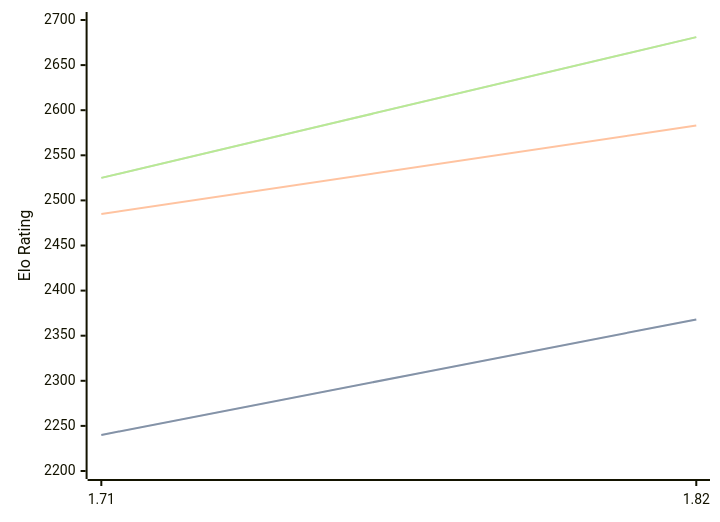
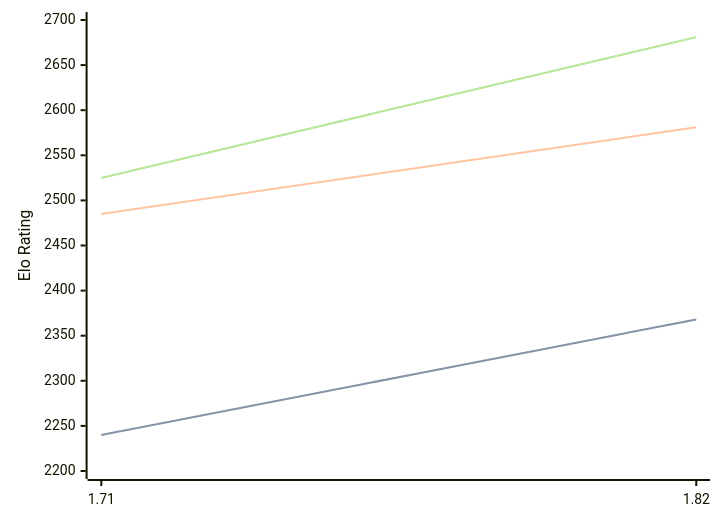
The diagram in engines/Amira.md (computer-chess-index/cci), drawn with Mermaid before and after one commit. The commit also changed other lines of this file, not shown here.

````diff
--- a/engines/Amira.md
+++ b/engines/Amira.md
@@ -33,11 +33,11 @@
 ```mermaid
 %%{init: {"theme":"base","themeVariables":{"seriesColors:['#a3a3a3','#222221','#faa371']}}}%%
 xychart-beta
   x-axis ["1.71", "1.82"]
   y-axis "Elo Rating" 2200 --> 2700
   line "STC (8.0+0.08s)" [2240, 2368]
   line "STC (8.0+0.08s)" [2240, 2368]
-  line "LTC (60.0+0.60s)" [2485, 2583]
+  line "LTC (60.0+0.60s)" [2485, 2581]
   line "VLTC (2m24s+1.12s)" [2525, 2681]
   line "VLTC (2m24s+1.12s)" [2525, 2681]
 ```
````
